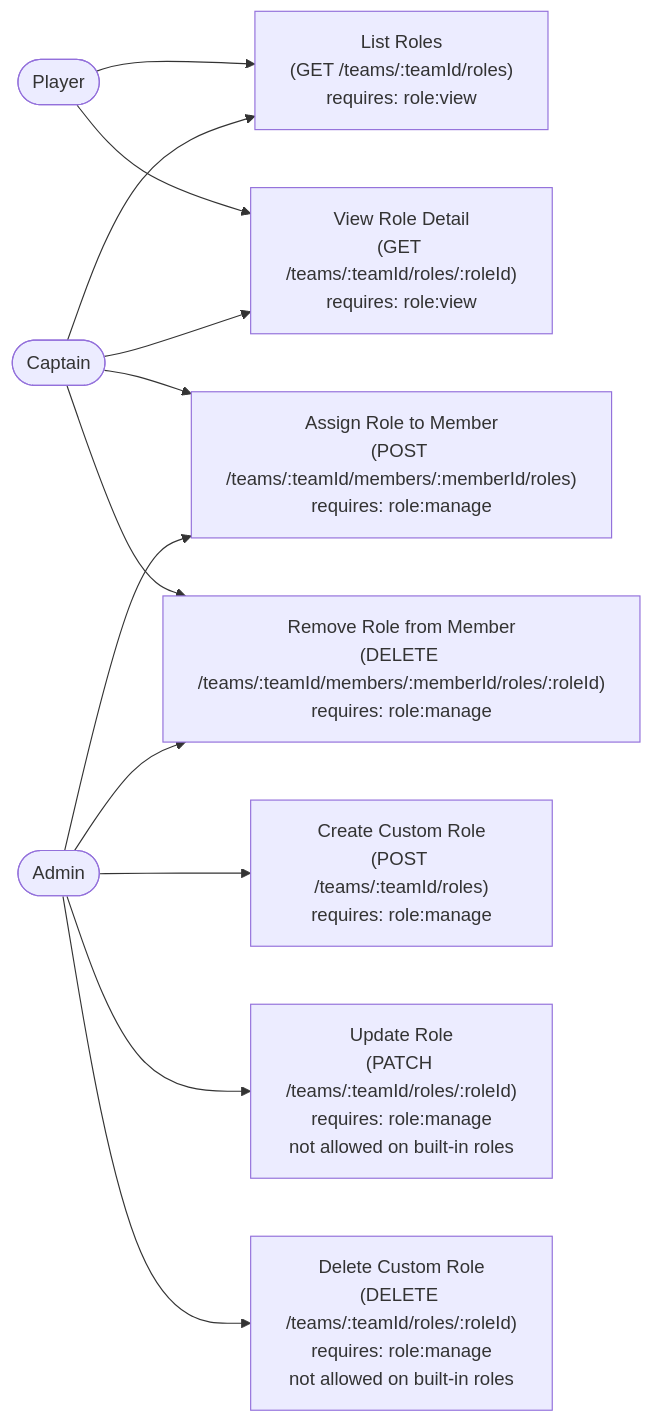
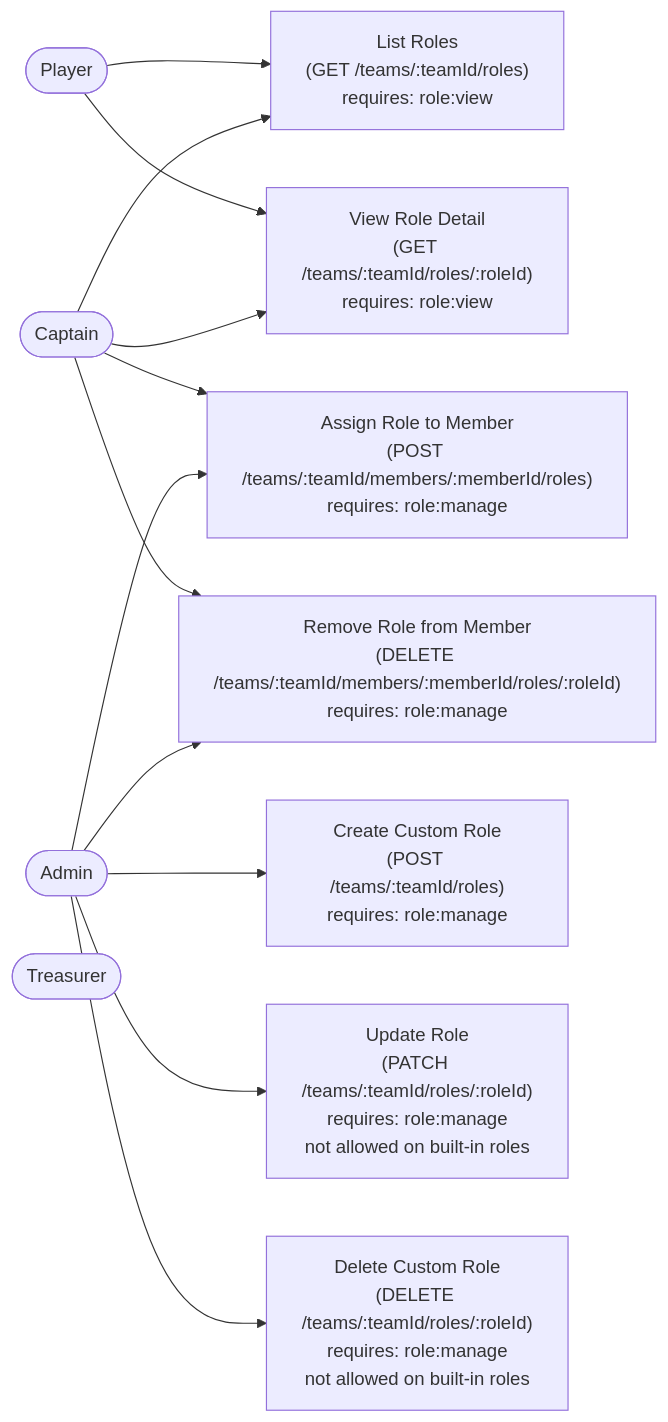
The fourth of 9 diagrams in docs/thesis/use-cases.md (sideline-cz/sideline), drawn with Mermaid before and after one commit. The commit also changed other lines of this file and 17 other files, not shown here.

````diff
--- a/docs/thesis/use-cases.md
+++ b/docs/thesis/use-cases.md
@@ -254,26 +260,27 @@
 ```mermaid
 flowchart LR
     PL(["Player"])
     CP(["Captain"])
     AD(["Admin"])
+    TR(["Treasurer"])
 
     UC_LIST_ROLES["List Roles\n(GET /teams/:teamId/roles)\nrequires: role:view"]
     UC_GET_ROLE["View Role Detail\n(GET /teams/:teamId/roles/:roleId)\nrequires: role:view"]
     UC_CREATE_ROLE["Create Custom Role\n(POST /teams/:teamId/roles)\nrequires: role:manage"]
     UC_UPDATE_ROLE["Update Role\n(PATCH /teams/:teamId/roles/:roleId)\nrequires: role:manage\nnot allowed on built-in roles"]
     UC_DELETE_ROLE["Delete Custom Role\n(DELETE /teams/:teamId/roles/:roleId)\nrequires: role:manage\nnot allowed on built-in roles"]
     UC_ASSIGN_ROLE["Assign Role to Member\n(POST /teams/:teamId/members/:memberId/roles)\nrequires: role:manage"]
     UC_UNASSIGN_ROLE["Remove Role from Member\n(DELETE /teams/:teamId/members/:memberId/roles/:roleId)\nrequires: role:manage"]
 
     PL --> UC_LIST_ROLES
     PL --> UC_GET_ROLE
     CP --> UC_LIST_ROLES
     CP --> UC_GET_ROLE
     CP --> UC_ASSIGN_ROLE
     CP --> UC_UNASSIGN_ROLE
     AD --> UC_CREATE_ROLE
     AD --> UC_UPDATE_ROLE
     AD --> UC_DELETE_ROLE
     AD --> UC_ASSIGN_ROLE
     AD --> UC_UNASSIGN_ROLE
 ```
````
